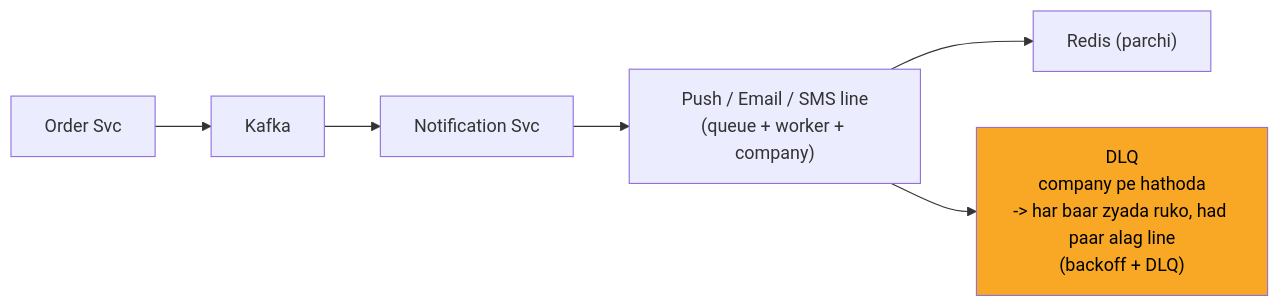
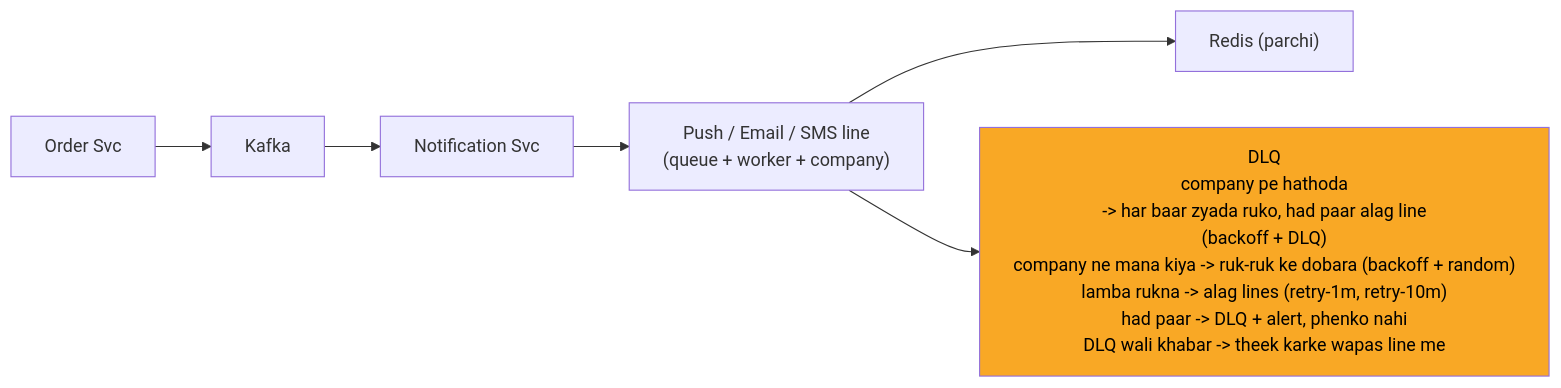
Before and after one commit to ArpanMaheshwari144/Prep: the sixth of 13 diagrams in 04_HLD/SYSTEM_DESIGNS/04_notification_system/04_notification_system.md, drawn with Mermaid. The commit also changed other lines of this file and 12 other files, not shown here.

Commit message:
hld 02-14: peele dabbe me SAFAR ke mod + diagram chauda (wrappingWidth 450)

````diff
--- a/04_HLD/SYSTEM_DESIGNS/04_notification_system/04_notification_system.md
+++ b/04_HLD/SYSTEM_DESIGNS/04_notification_system/04_notification_system.md
@@ -244,15 +249,16 @@
 ```mermaid
+%%{init: {"flowchart": {"wrappingWidth": 450}}}%%
 flowchart LR
     n_Order_Svc["Order Svc"]
     n_Kafka["Kafka"]
     n_Notification_Svc["Notification Svc"]
     n_LINES["Push / Email / SMS line<br/>(queue + worker + company)"]
     n_Redis["Redis (parchi)"]
-    n_DLQ["DLQ<br/>company pe hathoda<br/>-> har baar zyada ruko, had paar alag line<br/>(backoff + DLQ)"]
+    n_DLQ["DLQ<br/>company pe hathoda<br/>-> har baar zyada ruko, had paar alag line<br/>(backoff + DLQ)<br/>company ne mana kiya -> ruk-ruk ke dobara (backoff + random)<br/>lamba rukna -> alag lines (retry-1m, retry-10m)<br/>had paar -> DLQ + alert, phenko nahi<br/>DLQ wali khabar -> theek karke wapas line me"]
     n_Order_Svc --> n_Kafka
     n_Kafka --> n_Notification_Svc
     n_Notification_Svc --> n_LINES
     n_LINES --> n_Redis
     n_LINES --> n_DLQ
     style n_DLQ fill:#f9a825,color:#000
 ```
````
